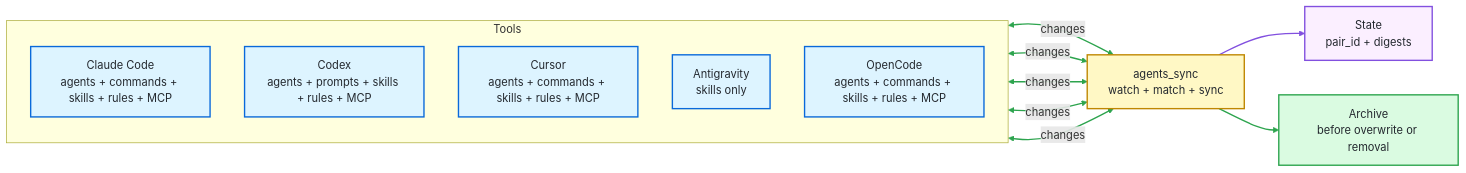
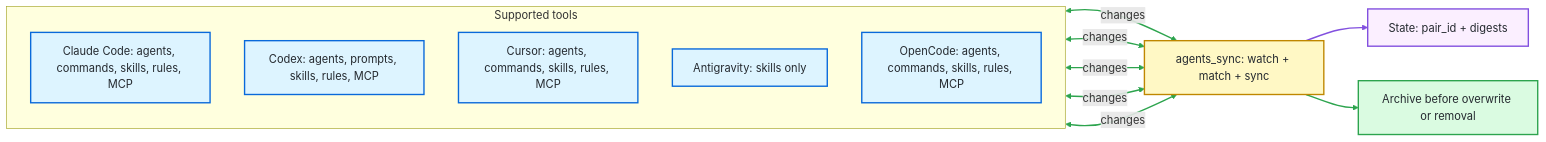
One commit to cognitivesand/agents_sync changed the diagram in README.md. Above: the diagram before and after it, drawn with Mermaid. The commit also changed 2 other files, not shown here.

Commit message:
test: finalize Cursor merge coverage

````diff
--- a/README.md
+++ b/README.md
@@ -67,37 +67,37 @@
 ```mermaid
 flowchart LR
-    subgraph Tools["Tools"]
+    subgraph Tools["Supported tools"]
         direction TB
-        Claude["Claude Code<br/>agents + commands + skills + rules + MCP"]
-        Codex["Codex<br/>agents + prompts + skills + rules + MCP"]
-        Cursor["Cursor<br/>agents + commands + skills + rules + MCP"]
-        Antigravity["Antigravity<br/>skills only"]
-        Opencode["OpenCode<br/>agents + commands + skills + rules + MCP"]
+        Claude["Claude Code: agents, commands, skills, rules, MCP"]
+        Codex["Codex: agents, prompts, skills, rules, MCP"]
+        Cursor["Cursor: agents, commands, skills, rules, MCP"]
+        Antigravity["Antigravity: skills only"]
+        Opencode["OpenCode: agents, commands, skills, rules, MCP"]
     end
 
-    Sync["agents_sync<br/>watch + match + sync"]
-    State["State<br/>pair_id + digests"]
-    Archive["Archive<br/>before overwrite or removal"]
+    Sync["agents_sync: watch + match + sync"]
+    State["State: pair_id + digests"]
+    Archive["Archive before overwrite or removal"]
 
     Claude <-->|changes| Sync
     Codex <-->|changes| Sync
     Cursor <-->|changes| Sync
     Antigravity <-->|changes| Sync
     Opencode <-->|changes| Sync
     Sync --> State
     Sync --> Archive
 
     classDef side fill:#ddf4ff,stroke:#0969da,stroke-width:2px,color:#24292f
     classDef sync fill:#fff8c5,stroke:#bf8700,stroke-width:2px,color:#24292f
     classDef state fill:#fbefff,stroke:#8250df,stroke-width:2px,color:#24292f
     classDef archive fill:#dafbe1,stroke:#2da44e,stroke-width:2px,color:#24292f
 
     class Claude,Codex,Cursor,Antigravity,Opencode side
     class Sync sync
     class State state
     class Archive archive
 
     linkStyle 0,1,2,3,4 stroke:#2da44e,stroke-width:2px
     linkStyle 5 stroke:#8250df,stroke-width:2px
     linkStyle 6 stroke:#2da44e,stroke-width:2px
 ```
````
